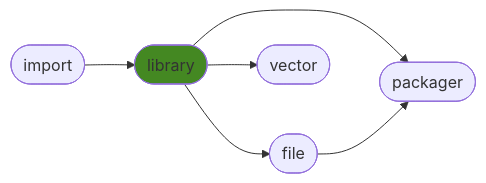
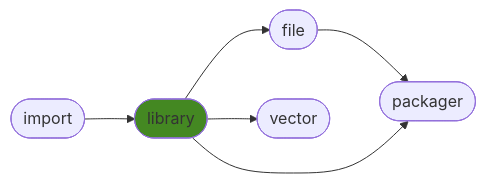
One commit to ManderaGeneral/generallibrary changed the diagram in README.md. Above: the diagram before and after it, drawn with Mermaid. The commit also changed other lines of this file, not shown here.

````diff
--- a/README.md
+++ b/README.md
@@ -16,14 +16,14 @@
 ```mermaid
 flowchart LR
+2([file]) --> 4([packager])
+0([import]) --> 1([library])
+1([library]) --> 2([file])
 1([library]) --> 4([packager])
-0([import]) --> 1([library])
-2([file]) --> 4([packager])
-1([library]) --> 2([file])
 1([library]) --> 3([vector])
 click 0 "https://github.com/ManderaGeneral/generalimport"
 click 1 "https://github.com/ManderaGeneral/generallibrary"
 click 2 "https://github.com/ManderaGeneral/generalfile"
 click 3 "https://github.com/ManderaGeneral/generalvector"
 click 4 "https://github.com/ManderaGeneral/generalpackager"
 style 1 fill:#482
 ```
````
